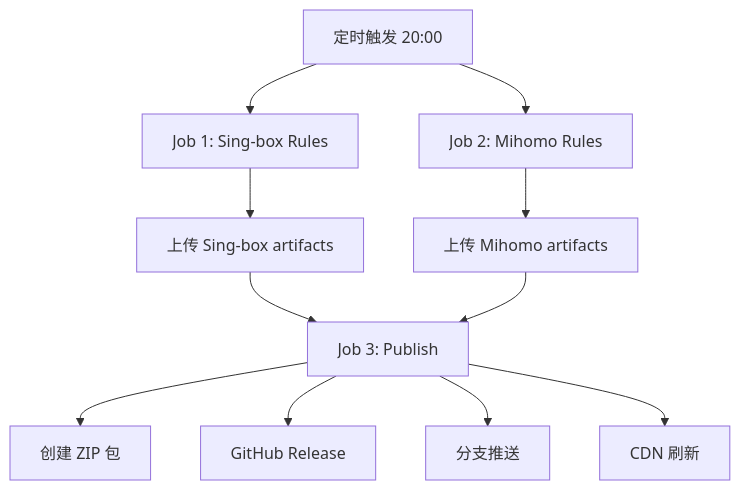
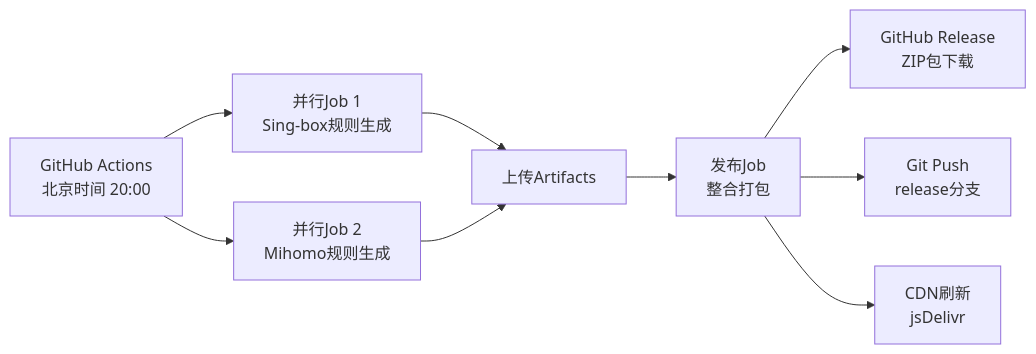
The diagram in README.md (proother/rule_singbox_mihomo), drawn with Mermaid before and after one commit. The commit also changed other lines of this file, not shown here.

````diff
--- a/README.md
+++ b/README.md
@@ -85,13 +106,11 @@
 ```mermaid
-graph TD
-    A[定时触发 20:00] --> B[Job 1: Sing-box Rules]
-    A --> C[Job 2: Mihomo Rules]
-    B --> D[上传 Sing-box artifacts]
-    C --> E[上传 Mihomo artifacts] 
-    D --> F[Job 3: Publish]
-    E --> F
-    F --> G[创建 ZIP 包]
-    F --> H[GitHub Release]
-    F --> I[分支推送]
-    F --> J[CDN 刷新]
+graph LR
+    A[GitHub Actions<br/>北京时间 20:00] --> B[并行Job 1<br/>Sing-box规则生成]
+    A --> C[并行Job 2<br/>Mihomo规则生成]
+    B --> D[上传Artifacts]
+    C --> D
+    D --> E[发布Job<br/>整合打包]
+    E --> F[GitHub Release<br/>ZIP包下载]
+    E --> G[Git Push<br/>release分支]
+    E --> H[CDN刷新<br/>jsDelivr]
 ```
````
